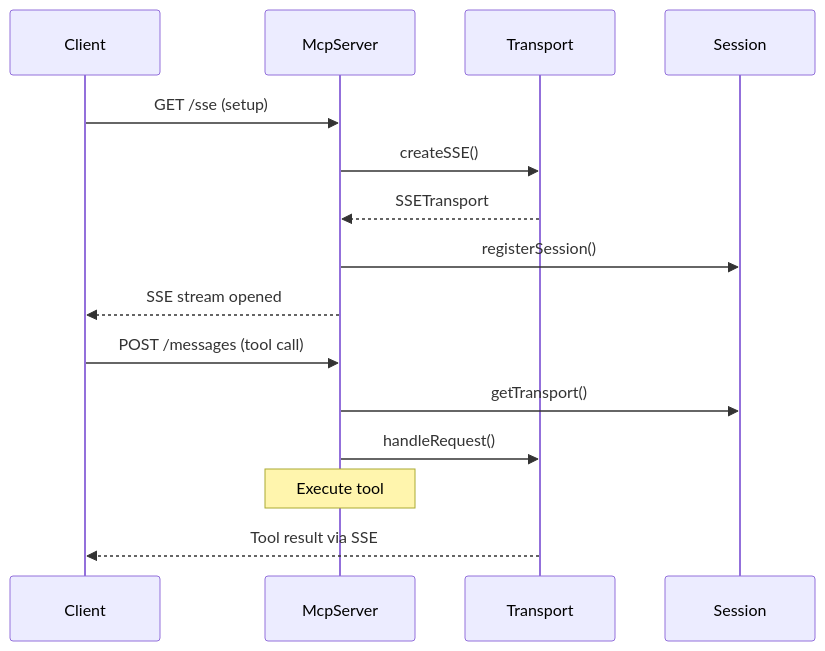
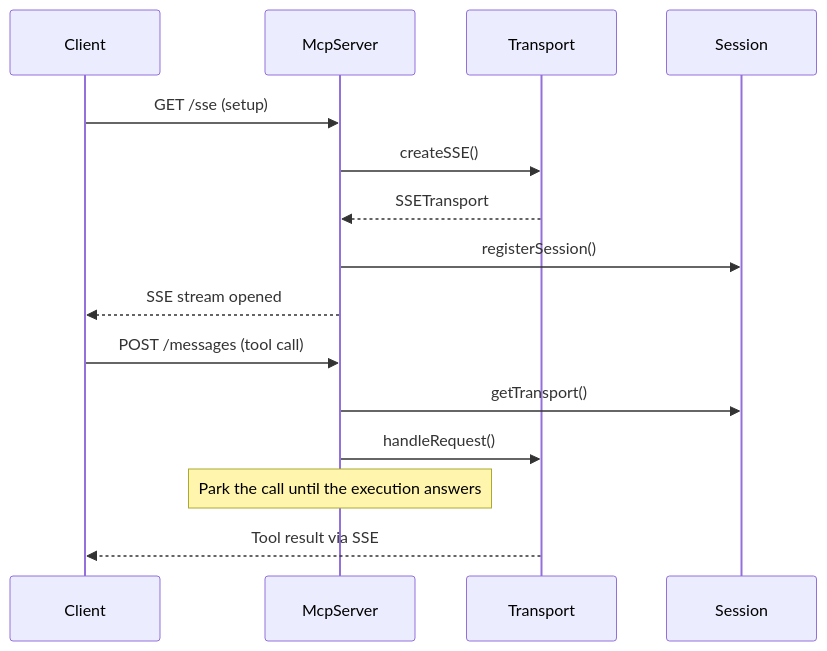
One commit to mayankjain1815-commits/n8n changed the tenth of 11 diagrams in packages/@n8n/nodes-langchain/nodes/mcp/McpTrigger/README.md. Above: the diagram before and after it, drawn with Mermaid. The commit also changed other lines of this file and 34 other files, not shown here.

Commit message:
fix(core): Dispatch MCP trigger tool calls through the workflow engine

````diff
--- a/packages/@n8n/nodes-langchain/nodes/mcp/McpTrigger/README.md
+++ b/packages/@n8n/nodes-langchain/nodes/mcp/McpTrigger/README.md
@@ -756,19 +668,19 @@
 ```mermaid
 sequenceDiagram
     participant Client
     participant McpServer
     participant Transport
     participant Session
 
     Client->>McpServer: GET /sse (setup)
     McpServer->>Transport: createSSE()
     Transport-->>McpServer: SSETransport
     McpServer->>Session: registerSession()
     McpServer-->>Client: SSE stream opened
 
     Client->>McpServer: POST /messages (tool call)
     McpServer->>Session: getTransport()
     McpServer->>Transport: handleRequest()
-    Note over McpServer: Execute tool
+    Note over McpServer: Park the call until the execution answers
     Transport-->>Client: Tool result via SSE
 ```
````
